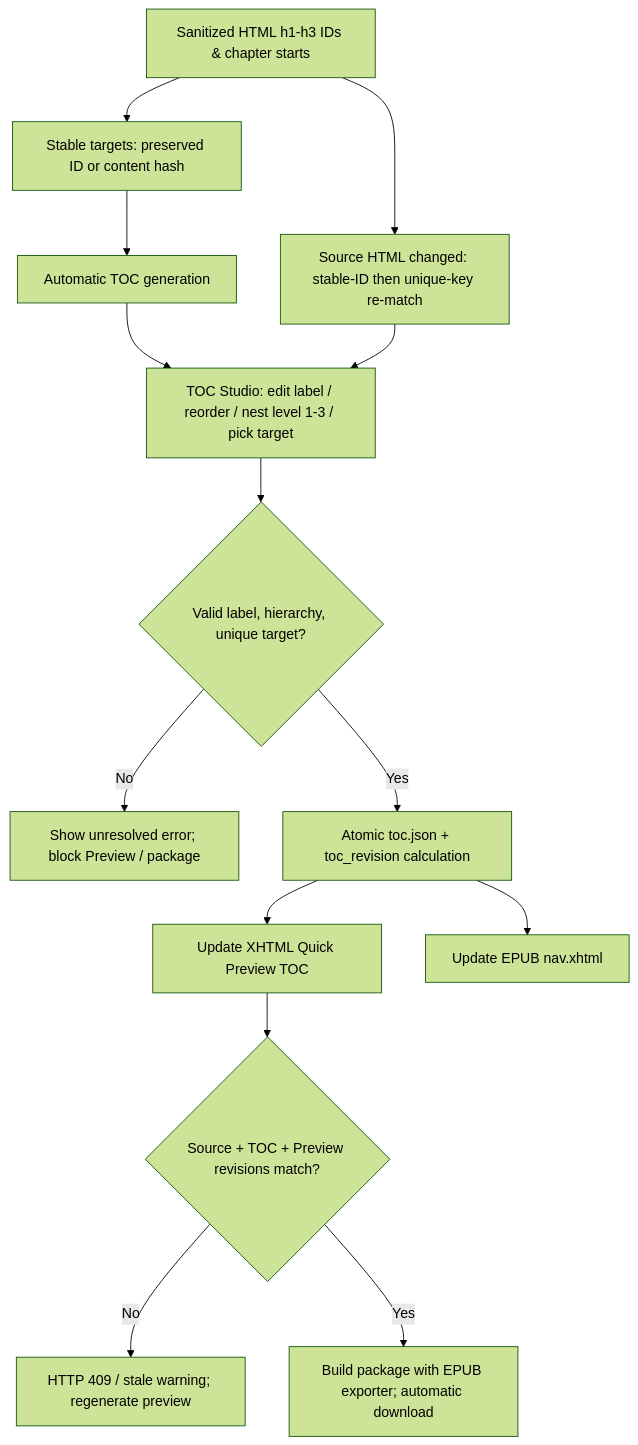
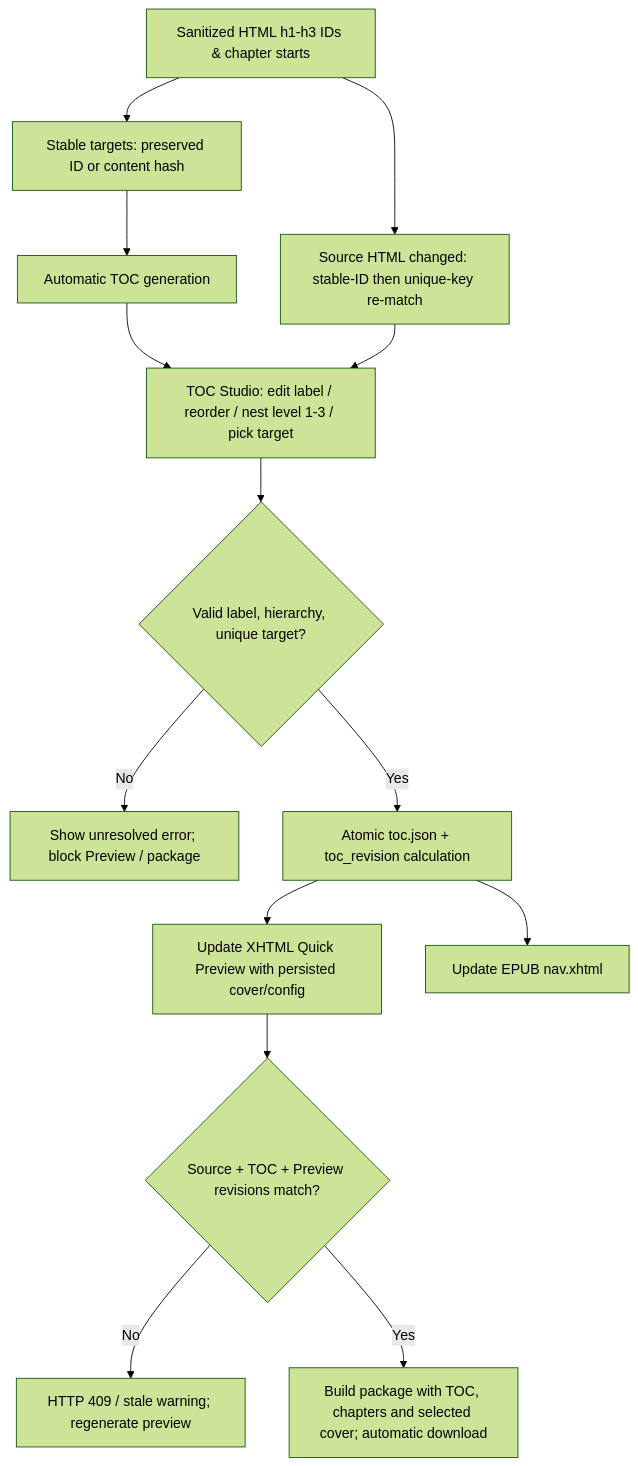
One commit to anuwatm/pdf-ocr-studio changed the ninth of 10 diagrams in readme.md. Above: the diagram before and after it, drawn with Mermaid (forest theme). The commit also changed other lines of this file and 18 other files, not shown here.

Commit message:
feat: enhance EPUB cover selection, 300MB uploads, structured OCR, and update docs

````diff
--- a/readme.md
+++ b/readme.md
@@ -360,16 +393,16 @@
 ```mermaid
 flowchart TD
     HTML["Sanitized HTML h1-h3 IDs & chapter starts"] --> Targets["Stable targets: preserved ID or content hash"]
     Targets --> Auto["Automatic TOC generation"]
     Auto --> Editor["TOC Studio: edit label / reorder / nest level 1-3 / pick target"]
     Editor --> Validate{"Valid label, hierarchy, unique target?"}
     Validate -->|No| Unresolved["Show unresolved error; block Preview / package"]
     Validate -->|Yes| Save["Atomic toc.json + toc_revision calculation"]
     HTML --> Rematch["Source HTML changed: stable-ID then unique-key re-match"]
     Rematch --> Editor
-    Save --> Preview["Update XHTML Quick Preview TOC"]
+    Save --> Preview["Update XHTML Quick Preview with persisted cover/config"]
     Save --> Nav["Update EPUB nav.xhtml"]
     Preview --> Guard{"Source + TOC + Preview revisions match?"}
     Guard -->|No| Stale9["HTTP 409 / stale warning; regenerate preview"]
-    Guard -->|Yes| Package9["Build package with EPUB exporter; automatic download"]
+    Guard -->|Yes| Package9["Build package with TOC, chapters and selected cover; automatic download"]
 ```
````
